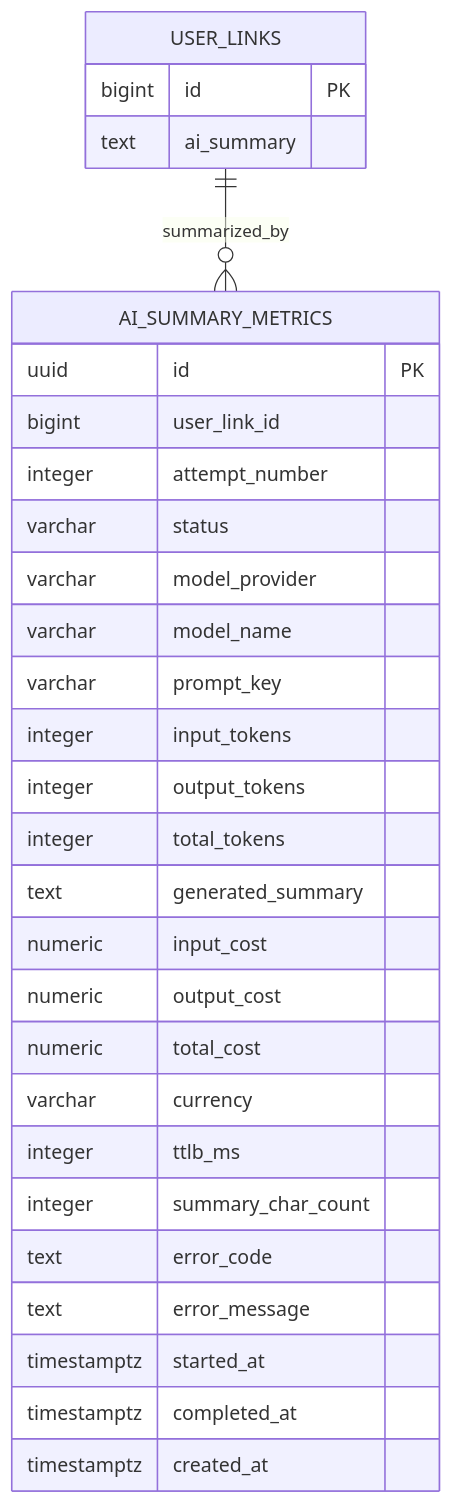
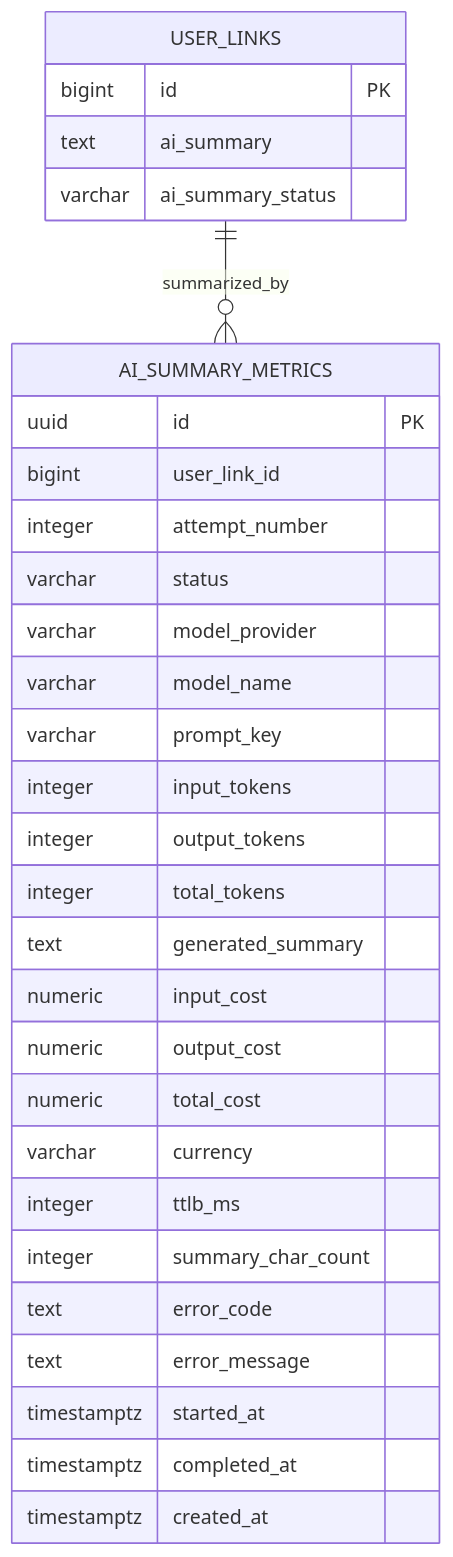
The diagram in docs/database/tables/ai_summary_metrics.md (mash-up-kr/Promise.9-Server), drawn with Mermaid before and after one commit. The commit also changed other lines of this file, not shown here.

Commit message:
docs: ai_summary_metrics 대표 상태 설명 정리

````diff
--- a/docs/database/tables/ai_summary_metrics.md
+++ b/docs/database/tables/ai_summary_metrics.md
@@ -9,34 +9,35 @@
 ```mermaid
 erDiagram
   USER_LINKS ||--o{ AI_SUMMARY_METRICS : summarized_by
 
   USER_LINKS {
     bigint id PK
     text ai_summary
+    varchar ai_summary_status
   }
 
   AI_SUMMARY_METRICS {
     uuid id PK
     bigint user_link_id
     integer attempt_number
     varchar status
     varchar model_provider
     varchar model_name
     varchar prompt_key
     integer input_tokens
     integer output_tokens
     integer total_tokens
     text generated_summary
     numeric input_cost
     numeric output_cost
     numeric total_cost
     varchar currency
     integer ttlb_ms
     integer summary_char_count
     text error_code
     text error_message
     timestamptz started_at
     timestamptz completed_at
     timestamptz created_at
   }
 ```
````
